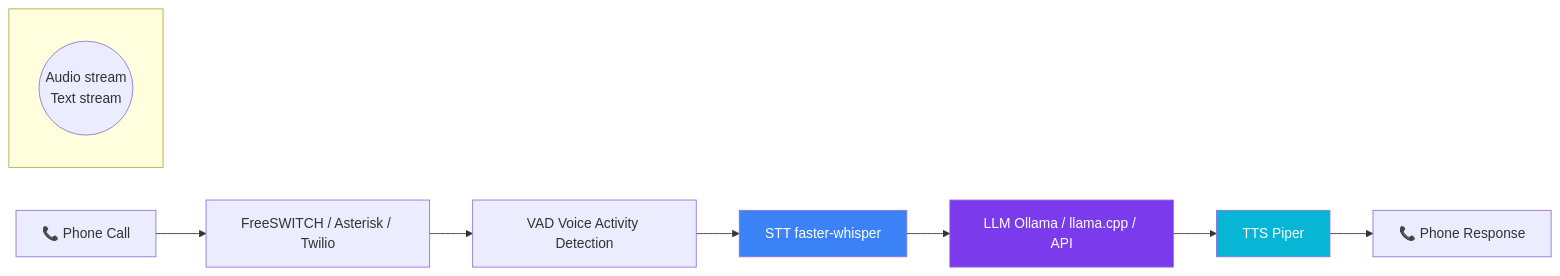
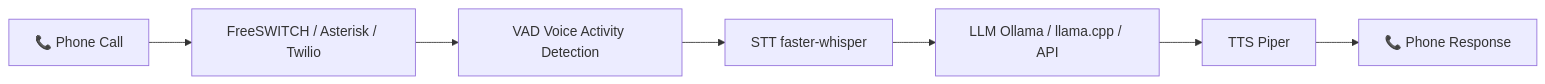
One commit to OneByJorah/VoiceCortex changed the diagram in README.md. Above: the diagram before and after it, drawn with Mermaid. The commit also changed other lines of this file and 6 other files, not shown here.

````diff
--- a/README.md
+++ b/README.md
@@ -35,20 +55,9 @@
 ```mermaid
 flowchart LR
   Phone["📞 Phone Call"] --> PBX["FreeSWITCH / Asterisk / Twilio"]
   PBX --> VAD["VAD Voice Activity Detection"]
   VAD --> STT["STT faster-whisper"]
   STT --> LLM["LLM Ollama / llama.cpp / API"]
   LLM --> TTS["TTS Piper"]
   TTS --> Response["📞 Phone Response"]
-
-  subgraph Legend [" "]
-    dir((
-    Audio stream
-    Text stream
-    ))
-  end
-
-  style STT fill:#3b82f6,color:#fff
-  style LLM fill:#7c3aed,color:#fff
-  style TTS fill:#06b6d4,color:#fff
 ```
````
